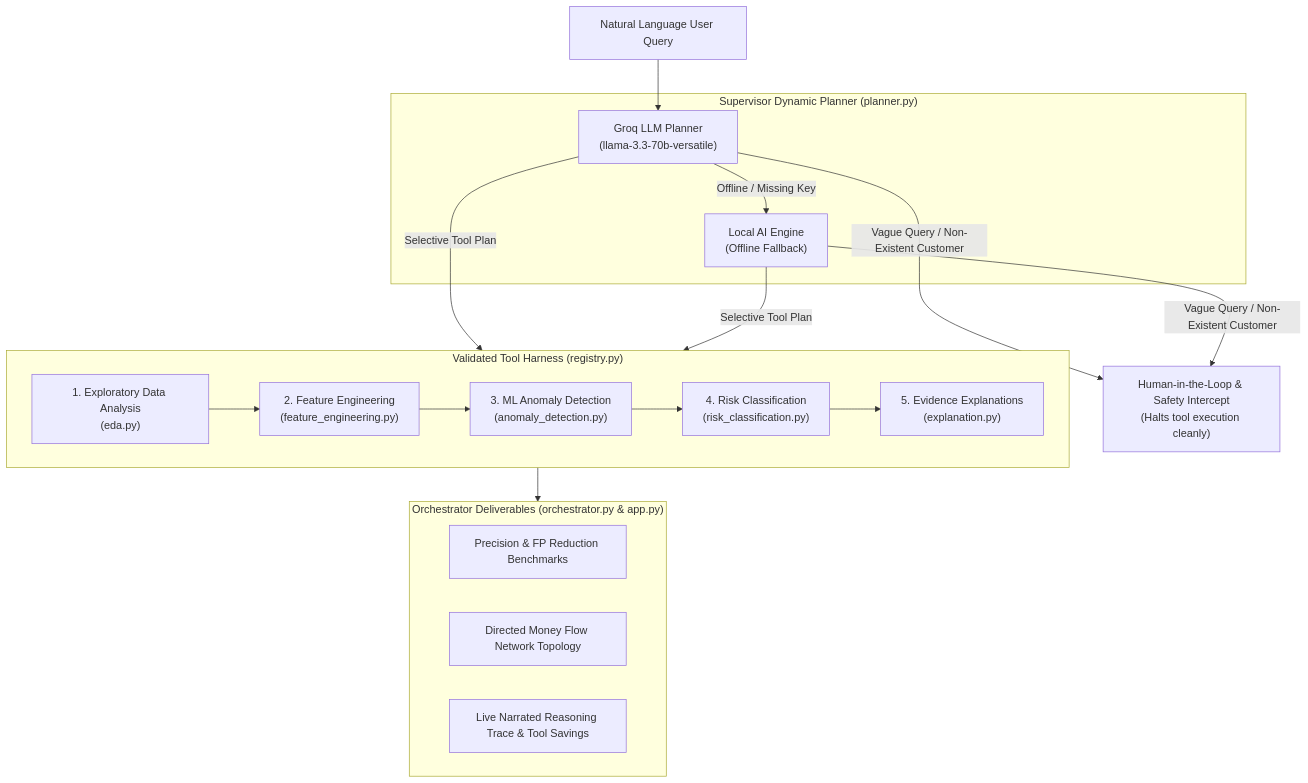
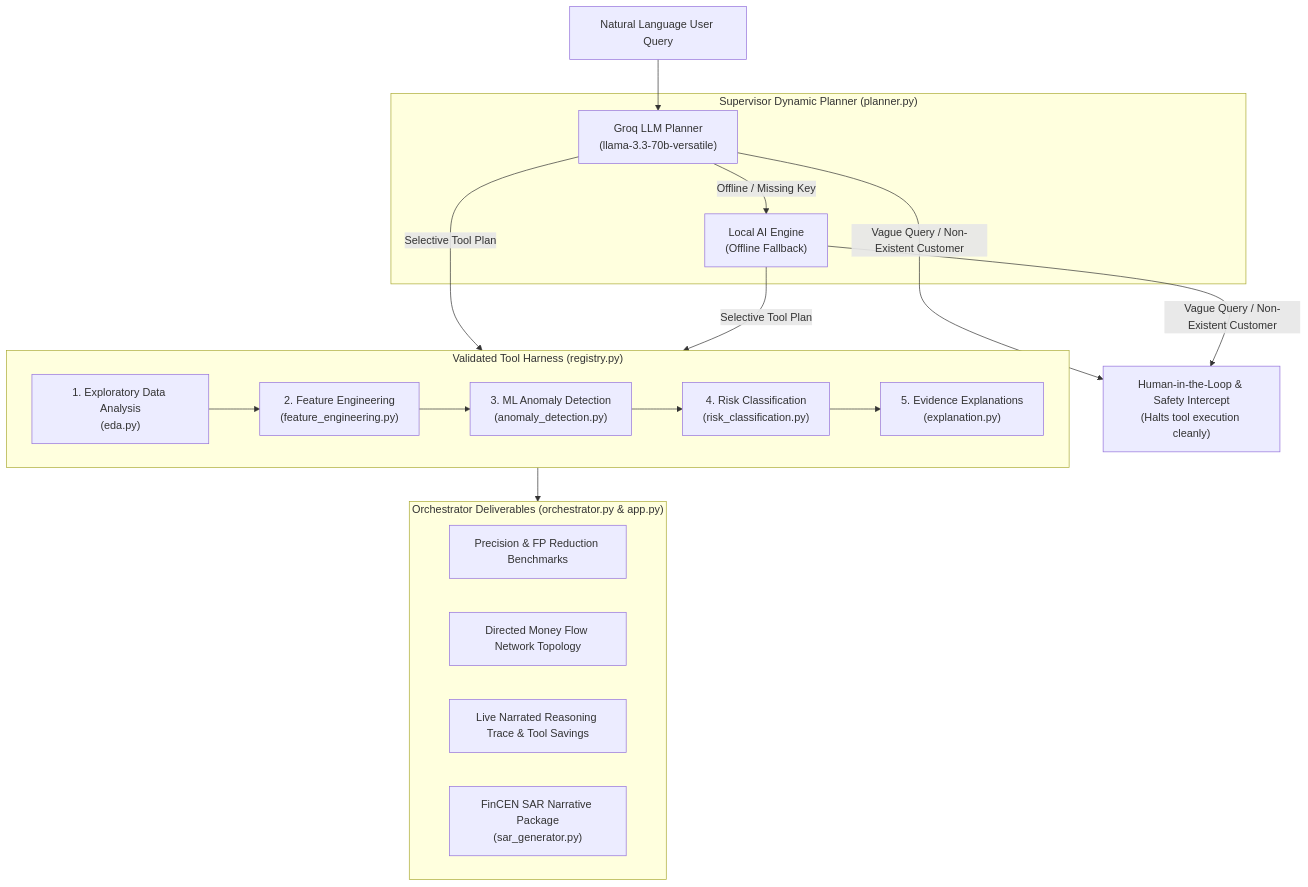
One commit to Arvind007m/aml-suspicious-activity-agent changed the diagram in README.md. Above: the diagram before and after it, drawn with Mermaid. The commit also changed other lines of this file and 2 other files, not shown here.

````diff
--- a/README.md
+++ b/README.md
@@ -34,41 +35,42 @@
 ```mermaid
 graph TD
     UserQuery["Natural Language User Query"]
     
     subgraph Planner ["Supervisor Dynamic Planner (planner.py)"]
         GroqLLM["Groq LLM Planner<br/>(llama-3.3-70b-versatile)"]
         LocalAI["Local AI Engine<br/>(Offline Fallback)"]
     end
     
     EarlyExit["Human-in-the-Loop & Safety Intercept<br/>(Halts tool execution cleanly)"]
     
     subgraph ToolPipeline ["Validated Tool Harness (registry.py)"]
         EDA["1. Exploratory Data Analysis<br/>(eda.py)"]
         FE["2. Feature Engineering<br/>(feature_engineering.py)"]
         Anomaly["3. ML Anomaly Detection<br/>(anomaly_detection.py)"]
         Risk["4. Risk Classification<br/>(risk_classification.py)"]
         Explain["5. Evidence Explanations<br/>(explanation.py)"]
     end
     
     subgraph Deliverables ["Orchestrator Deliverables (orchestrator.py & app.py)"]
         Metrics["Precision & FP Reduction Benchmarks"]
         GraphViz["Directed Money Flow Network Topology"]
         Trace["Live Narrated Reasoning Trace & Tool Savings"]
+        SAR["FinCEN SAR Narrative Package<br/>(sar_generator.py)"]
     end
 
     UserQuery --> GroqLLM
     GroqLLM -->|"Offline / Missing Key"| LocalAI
     
     GroqLLM -->|"Vague Query / Non-Existent Customer"| EarlyExit
     LocalAI -->|"Vague Query / Non-Existent Customer"| EarlyExit
     
     GroqLLM -->|"Selective Tool Plan"| ToolPipeline
     LocalAI -->|"Selective Tool Plan"| ToolPipeline
     
     EDA --> FE
     FE --> Anomaly
     Anomaly --> Risk
     Risk --> Explain
     
     ToolPipeline --> Deliverables
 ```
````
